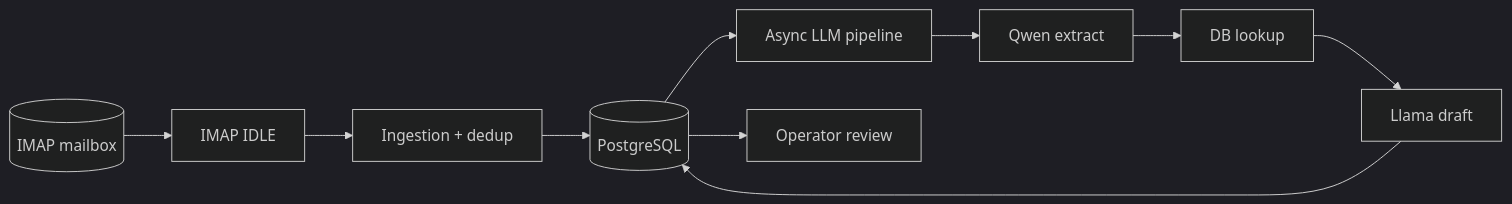
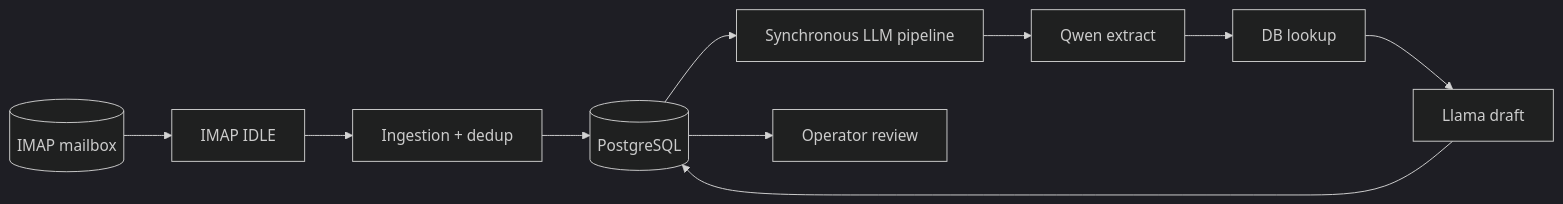
Before and after one commit to olegskel7-wq/smart-freight-inbox: the second of 9 diagrams in docs/PRESENTATION_TREE_MAP.md, drawn with Mermaid (dark theme). The commit also changed other lines of this file and 29 other files, not shown here.

````diff
--- a/docs/PRESENTATION_TREE_MAP.md
+++ b/docs/PRESENTATION_TREE_MAP.md
@@ -66,12 +66,12 @@
 ```mermaid
 flowchart LR
   A[(IMAP mailbox)] --> B[IMAP IDLE]
   B --> C[Ingestion + dedup]
   C --> D[(PostgreSQL)]
-  D --> E[Async LLM pipeline]
+  D --> E[Synchronous LLM pipeline]
   E --> F[Qwen extract]
   F --> G[DB lookup]
   G --> H[Llama draft]
   H --> D
   D --> I[Operator review]
 ```
````
